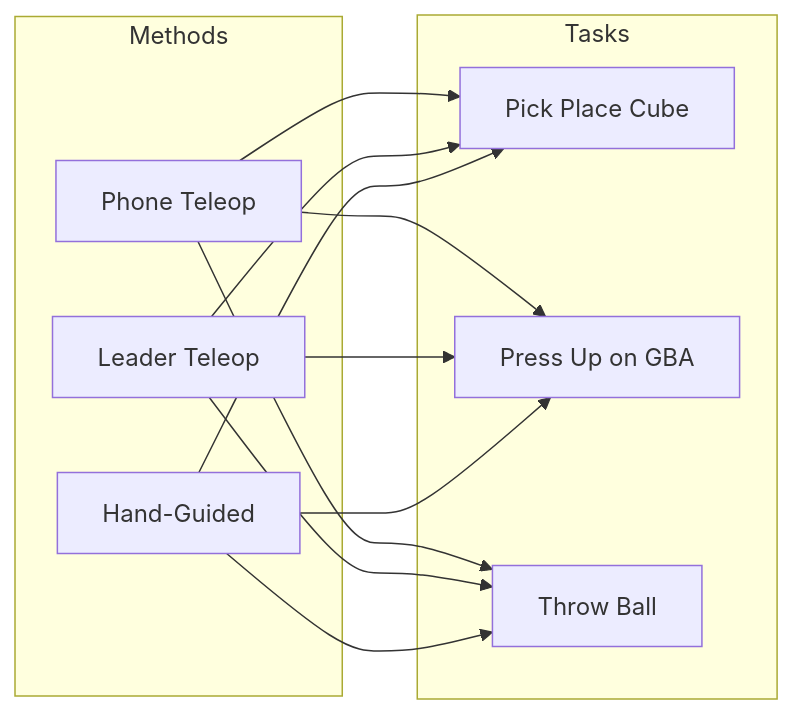
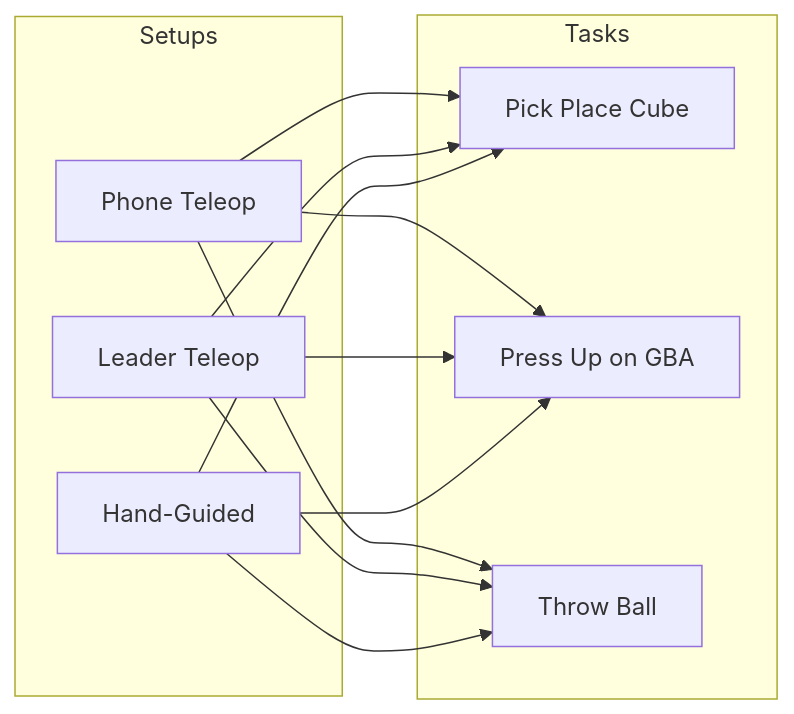
Before and after one commit to giacomoran/so101-data-collection: the diagram in .cursor/rules/project-plan/plan.md, drawn with Mermaid. The commit also changed other lines of this file and 2 other files, not shown here.

````diff
--- a/.cursor/rules/project-plan/plan.md
+++ b/.cursor/rules/project-plan/plan.md
@@ -50,24 +61,24 @@
 ```mermaid
 graph LR
-    subgraph methods [Methods]
+    subgraph setups [Setups]
         Phone[Phone Teleop]
         Leader[Leader Teleop]
         Hand[Hand-Guided]
     end
 
     subgraph tasks [Tasks]
         Cube[Pick Place Cube]
         GBA[Press Up on GBA]
         Throw[Throw Ball]
     end
 
     Phone --> Cube
     Phone --> GBA
     Phone --> Throw
     Leader --> Cube
     Leader --> GBA
     Leader --> Throw
     Hand --> Cube
     Hand --> GBA
     Hand --> Throw
 ```
````
